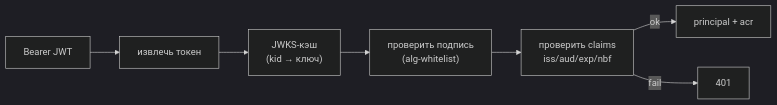
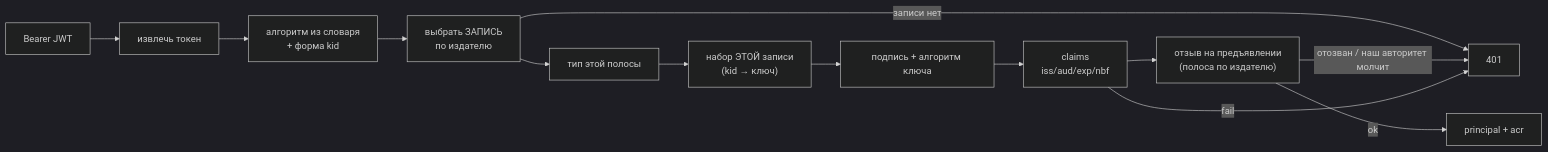
One commit to PRO-Robotech/kacho changed the first of 2 diagrams in gateway/docs/content/architecture/authn.mdx. Above: the diagram before and after it, drawn with Mermaid (dark theme). The commit also changed other lines of this file and 2 other files, not shown here.

````diff
--- a/gateway/docs/content/architecture/authn.mdx
+++ b/gateway/docs/content/architecture/authn.mdx
@@ -49,9 +69,15 @@
 ```mermaid
 flowchart LR
   req["Bearer JWT"] --> ext["извлечь токен"]
-  ext --> jwks["JWKS-кэш<br/>(kid → ключ)"]
-  jwks --> sig["проверить подпись<br/>(alg-whitelist)"]
-  sig --> cl["проверить claims<br/>iss/aud/exp/nbf"]
-  cl -->|"ok"| pr["principal + acr"]
-  cl -->|"fail"| deny["401"]
+  ext --> alg["алгоритм из словаря<br/>+ форма kid"]
+  alg --> rec["выбрать ЗАПИСЬ<br/>по издателю"]
+  rec -->|"записи нет"| deny["401"]
+  rec --> typ["тип этой полосы"]
+  typ --> jwks["набор ЭТОЙ записи<br/>(kid → ключ)"]
+  jwks --> sig["подпись + алгоритм ключа"]
+  sig --> cl["claims<br/>iss/aud/exp/nbf"]
+  cl --> rev["отзыв на предъявлении<br/>(полоса по издателю)"]
+  rev -->|"ok"| pr["principal + acr"]
+  rev -->|"отозван / наш авторитет молчит"| deny
+  cl -->|"fail"| deny
 ```
````
